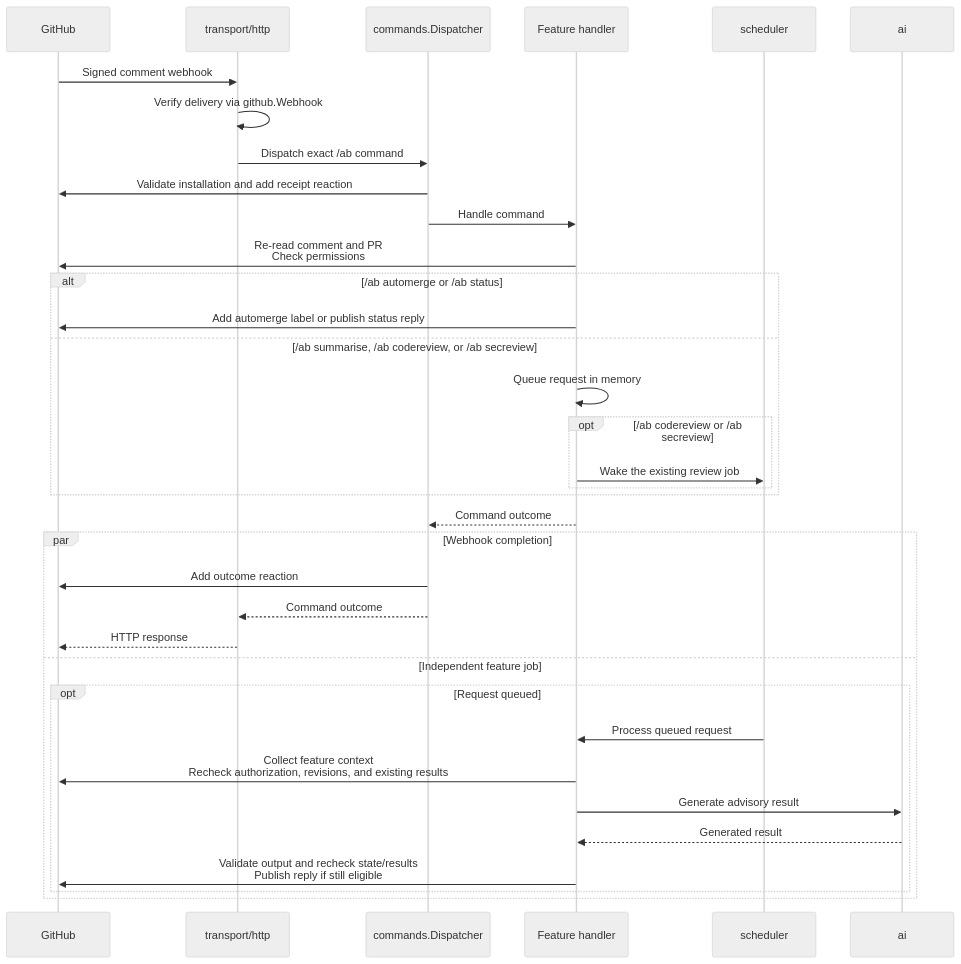
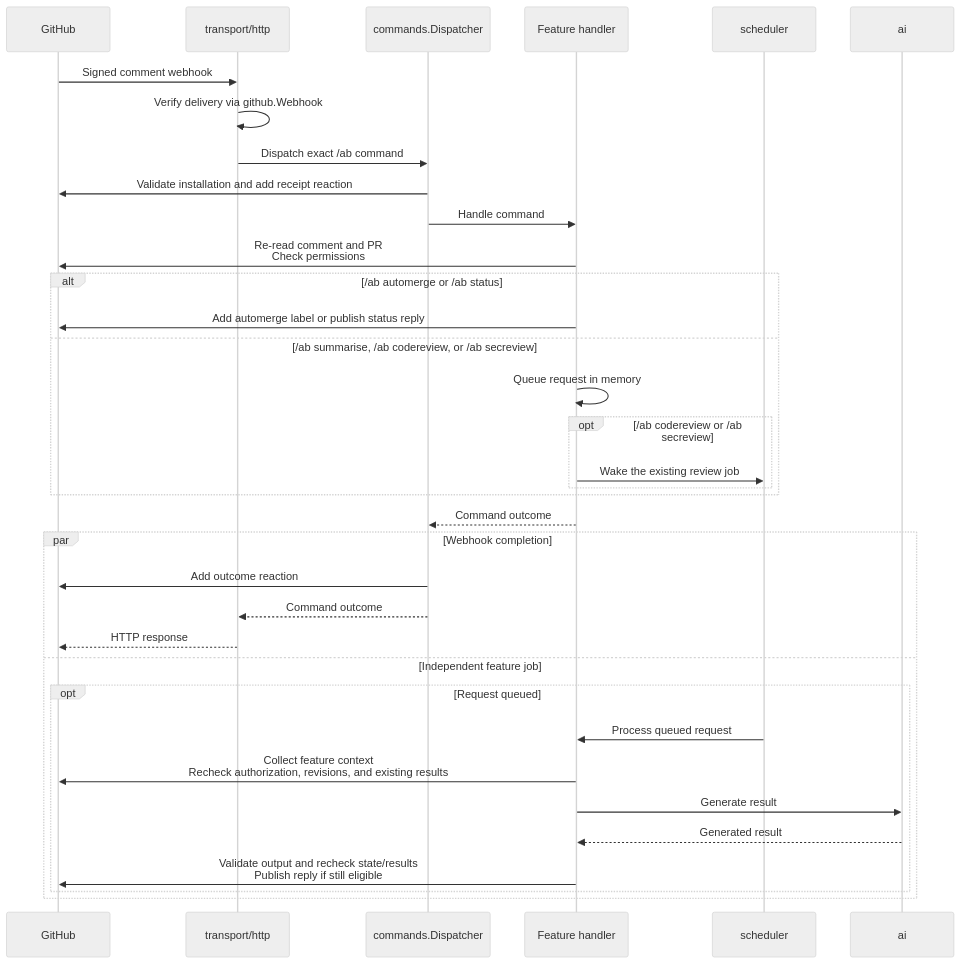
Before and after one commit to alexfalkowski/abgleich: the second of 2 diagrams in README.md, drawn with Mermaid (neutral theme). The commit also changed other lines of this file and 53 other files, not shown here.

````diff
--- a/README.md
+++ b/README.md
@@ -969,37 +1005,37 @@
 ```mermaid
 sequenceDiagram
     participant G as GitHub
     participant H as transport/http
     participant D as commands.Dispatcher
     participant F as Feature handler
     participant S as scheduler
     participant A as ai
     G->>H: Signed comment webhook
     H->>H: Verify delivery via github.Webhook
     H->>D: Dispatch exact /ab command
     D->>G: Validate installation and add receipt reaction
     D->>F: Handle command
     F->>G: Re-read comment and PR<br/>Check permissions
     alt /ab automerge or /ab status
         F->>G: Add automerge label or publish status reply
     else /ab summarise, /ab codereview, or /ab secreview
         F->>F: Queue request in memory
         opt /ab codereview or /ab secreview
             F->>S: Wake the existing review job
         end
     end
     F-->>D: Command outcome
     par Webhook completion
         D->>G: Add outcome reaction
         D-->>H: Command outcome
         H-->>G: HTTP response
     and Independent feature job
         opt Request queued
             S->>F: Process queued request
             F->>G: Collect feature context<br/>Recheck authorization, revisions, and existing results
-            F->>A: Generate advisory result
+            F->>A: Generate result
             A-->>F: Generated result
             F->>G: Validate output and recheck state/results<br/>Publish reply if still eligible
         end
     end
 ```
````
